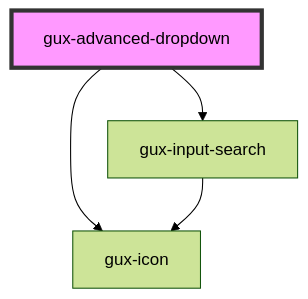
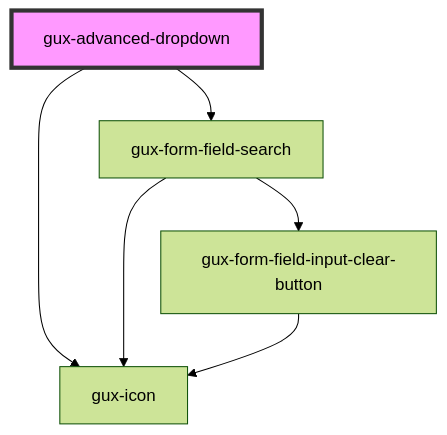
Before and after one commit to MyPureCloud/genesys-spark: the diagram in src/components/stable/gux-advanced-dropdown/readme.md, drawn with Mermaid (forest theme). The commit also changed other lines of this file and 382 other files, not shown here.

First line of the commit message:
feat(gux-form-field): moved gux-form-field to legacy

````diff
--- a/src/components/stable/gux-advanced-dropdown/readme.md
+++ b/src/components/stable/gux-advanced-dropdown/readme.md
@@ -58,7 +58,9 @@
 ```mermaid
 graph TD;
   gux-advanced-dropdown --> gux-icon
-  gux-advanced-dropdown --> gux-input-search
-  gux-input-search --> gux-icon
+  gux-advanced-dropdown --> gux-form-field-search
+  gux-form-field-search --> gux-icon
+  gux-form-field-search --> gux-form-field-input-clear-button
+  gux-form-field-input-clear-button --> gux-icon
   style gux-advanced-dropdown fill:#f9f,stroke:#333,stroke-width:4px
 ```
````
